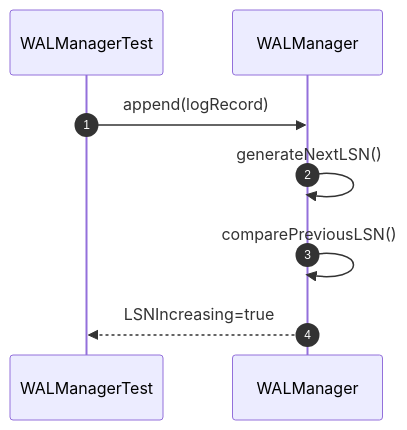
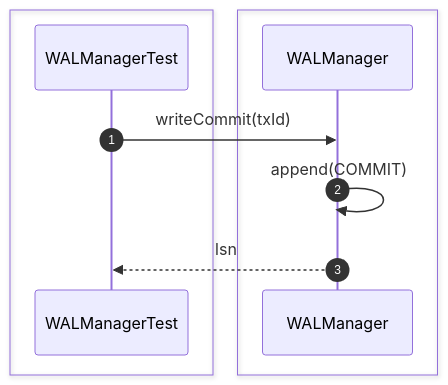
Before and after one commit to Huy1801214/dbms-architecture: the sixth of 28 diagrams in src/sequence/recovery.md, drawn with Mermaid. The commit also changed other lines of this file and 10 other files, not shown here.

Commit message:
add comprehensive sequence diagrams and documentation for system architecture and unit testing specifications

````diff
--- a/src/sequence/recovery.md
+++ b/src/sequence/recovery.md
@@ -61,14 +93,15 @@
 ```mermaid
 sequenceDiagram
     autonumber
+
+    box #e1f5fe Test Suite
     participant Test as WALManagerTest
+    end
+    box #ffebee Recovery Components
     participant WAL as WALManager
+    end
 
-    Test->>WAL: append(logRecord)
-
-    WAL->>WAL: generateNextLSN()
-
-    WAL->>WAL: comparePreviousLSN()
-
-    WAL-->>Test: LSNIncreasing=true
+    Test->>WAL: writeCommit(txId)
+    WAL->>WAL: append(COMMIT)
+    WAL-->>Test: lsn
 ```
````
